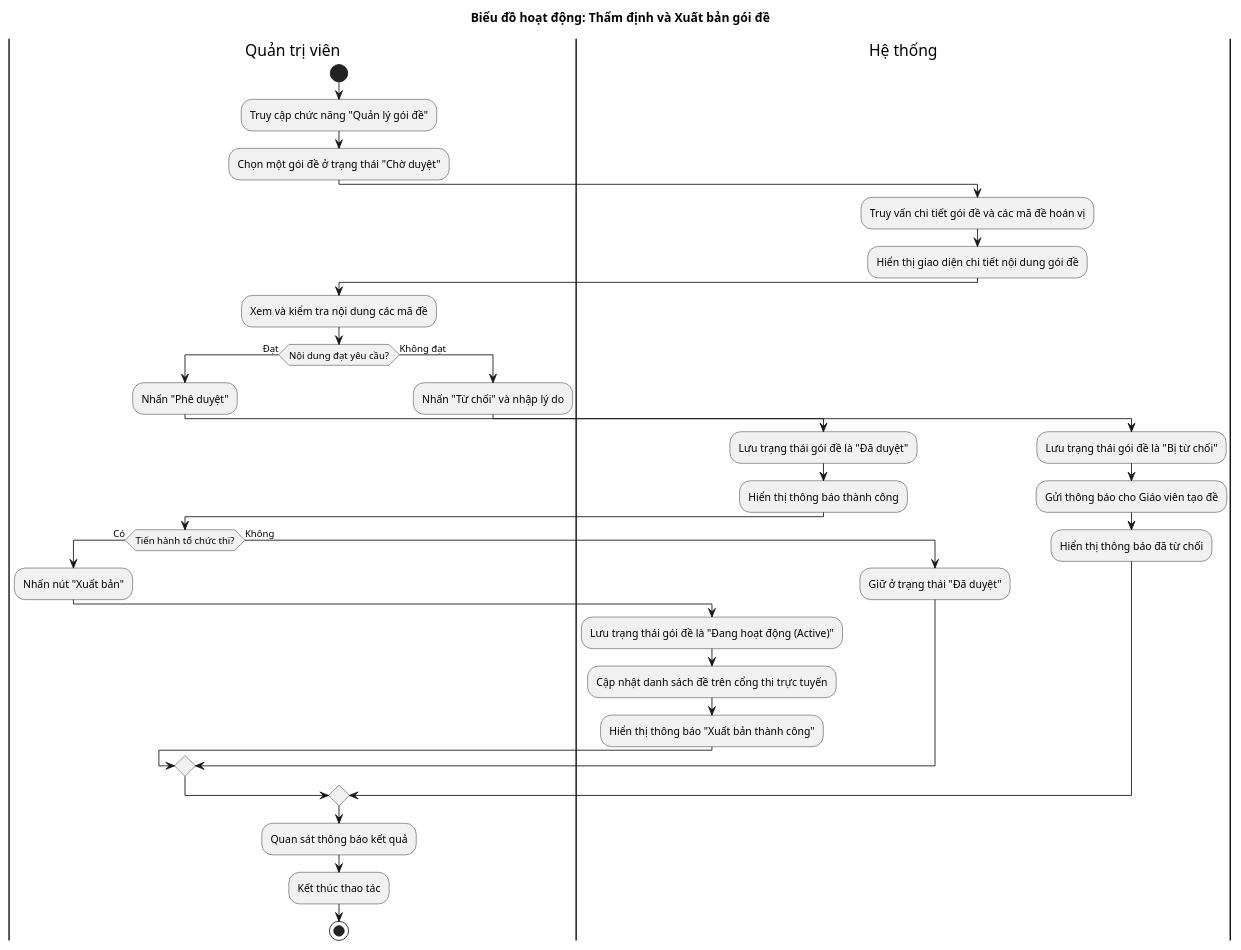
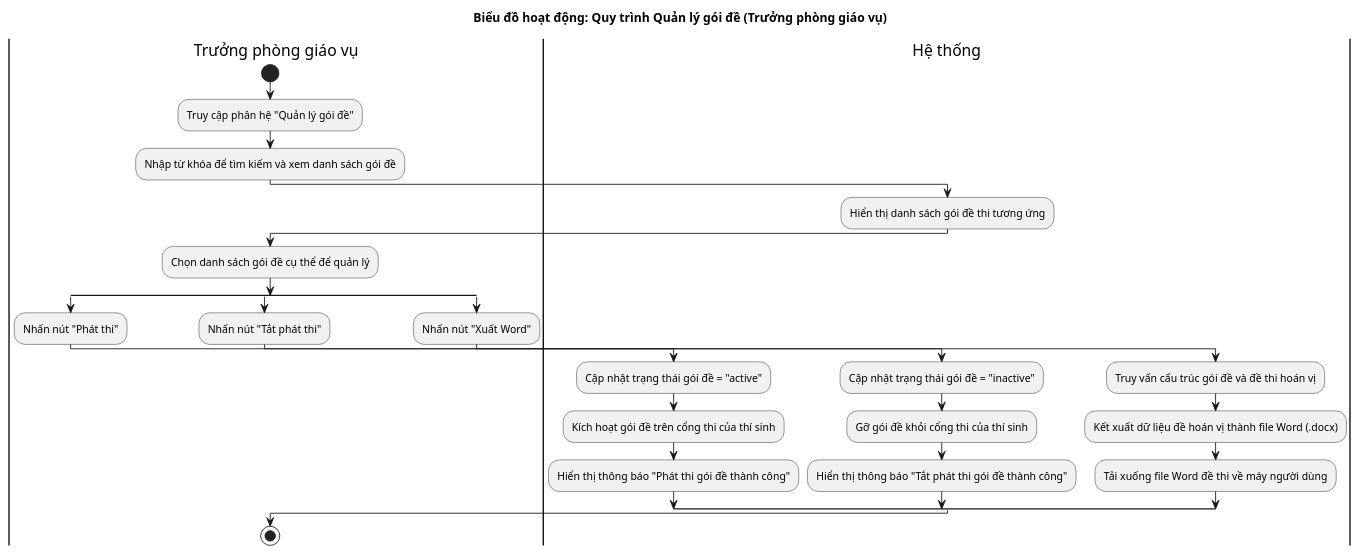
Before and after one commit to VuKV03/do-an-tot-nghiep: the third of 4 diagrams in Usecase/quanlygoide.md, drawn with PlantUML. The commit also changed other lines of this file and 10 other files, not shown here.

Commit message:
các biểu đồ

````diff
--- a/Usecase/quanlygoide.md
+++ b/Usecase/quanlygoide.md
@@ -118,48 +124,41 @@
 ```plantuml
 @startuml
-title Biểu đồ hoạt động: Thẩm định và Xuất bản gói đề
+title Biểu đồ hoạt động: Quy trình Quản lý gói đề (Trưởng phòng giáo vụ)
 
-|Quản trị viên|
+|Trưởng phòng giáo vụ|
 start
-:Truy cập chức năng "Quản lý gói đề";
-:Chọn một gói đề ở trạng thái "Chờ duyệt";
+:Truy cập phân hệ "Quản lý gói đề";
+:Nhập từ khóa để tìm kiếm và xem danh sách gói đề;
 
 |Hệ thống|
-:Truy vấn chi tiết gói đề và các mã đề hoán vị;
-:Hiển thị giao diện chi tiết nội dung gói đề;
+:Hiển thị danh sách gói đề thi tương ứng;
 
-|Quản trị viên|
-:Xem và kiểm tra nội dung các mã đề;
+|Trưởng phòng giáo vụ|
+:Chọn danh sách gói đề cụ thể để quản lý;
 
-if (Nội dung đạt yêu cầu?) then (Đạt)
-  :Nhấn "Phê duyệt";
+split
+  :Nhấn nút "Phát thi";
   |Hệ thống|
-  :Lưu trạng thái gói đề là "Đã duyệt";
-  :Hiển thị thông báo thành công;
-  
-  |Quản trị viên|
-  if (Tiến hành tổ chức thi?) then (Có)
-    :Nhấn nút "Xuất bản";
-    |Hệ thống|
-    :Lưu trạng thái gói đề là "Đang hoạt động (Active)";
-    :Cập nhật danh sách đề trên cổng thi trực tuyến;
-    :Hiển thị thông báo "Xuất bản thành công";
-  else (Không)
-    :Giữ ở trạng thái "Đã duyệt";
-  endif
+  :Cập nhật trạng thái gói đề = "active";
+  :Kích hoạt gói đề trên cổng thi của thí sinh;
+  :Hiển thị thông báo "Phát thi gói đề thành công";
+split again
+  |Trưởng phòng giáo vụ|
+  :Nhấn nút "Tắt phát thi";
+  |Hệ thống|
+  :Cập nhật trạng thái gói đề = "inactive";
+  :Gỡ gói đề khỏi cổng thi của thí sinh;
+  :Hiển thị thông báo "Tắt phát thi gói đề thành công";
+split again
+  |Trưởng phòng giáo vụ|
+  :Nhấn nút "Xuất Word";
+  |Hệ thống|
+  :Truy vấn cấu trúc gói đề và đề thi hoán vị;
+  :Kết xuất dữ liệu đề hoán vị thành file Word (.docx);
+  :Tải xuống file Word đề thi về máy người dùng;
+endsplit
 
-else (Không đạt)
-  |Quản trị viên|
-  :Nhấn "Từ chối" và nhập lý do;
-  |Hệ thống|
-  :Lưu trạng thái gói đề là "Bị từ chối";
-  :Gửi thông báo cho Giáo viên tạo đề;
-  :Hiển thị thông báo đã từ chối;
-endif
-
-|Quản trị viên|
-:Quan sát thông báo kết quả;
-:Kết thúc thao tác;
+|Trưởng phòng giáo vụ|
 stop
 @enduml
 ```
````
